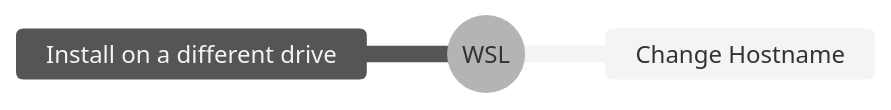
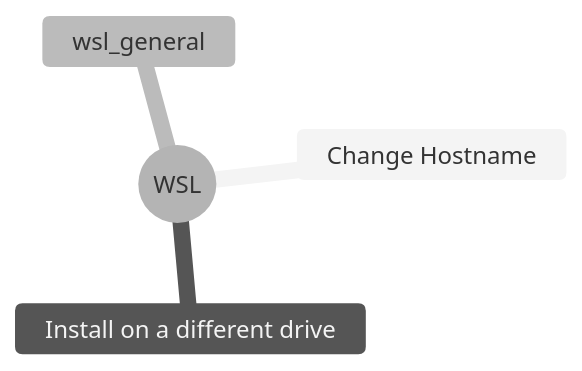
Before and after one commit to sebs-tech/docs-and-shortcuts: the diagram in wsl/overview.md, drawn with Mermaid (neutral theme).

````diff
--- a/wsl/overview.md
+++ b/wsl/overview.md
@@ -1,6 +1,7 @@
 ```mermaid
 mindmap
   root((WSL))
     Change Hostname
     Install on a different drive
+    wsl_general
 ```
````
